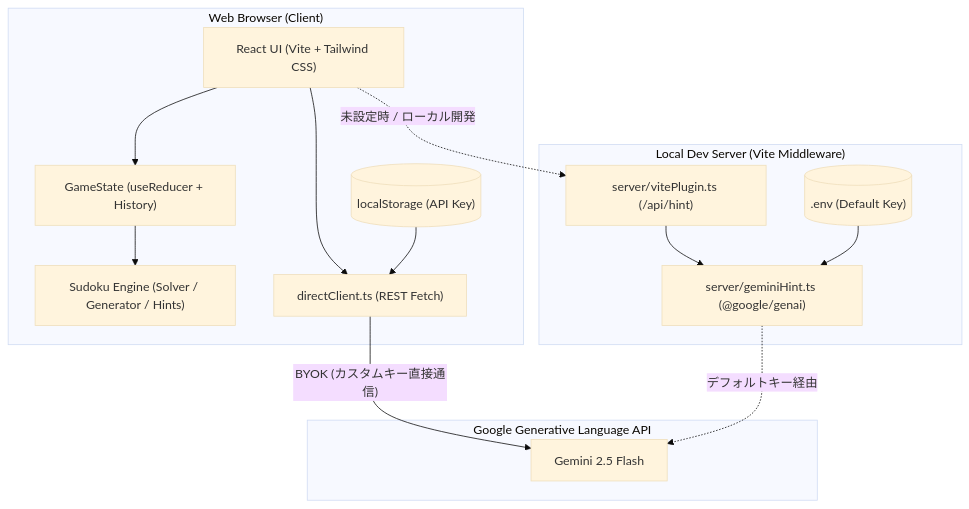
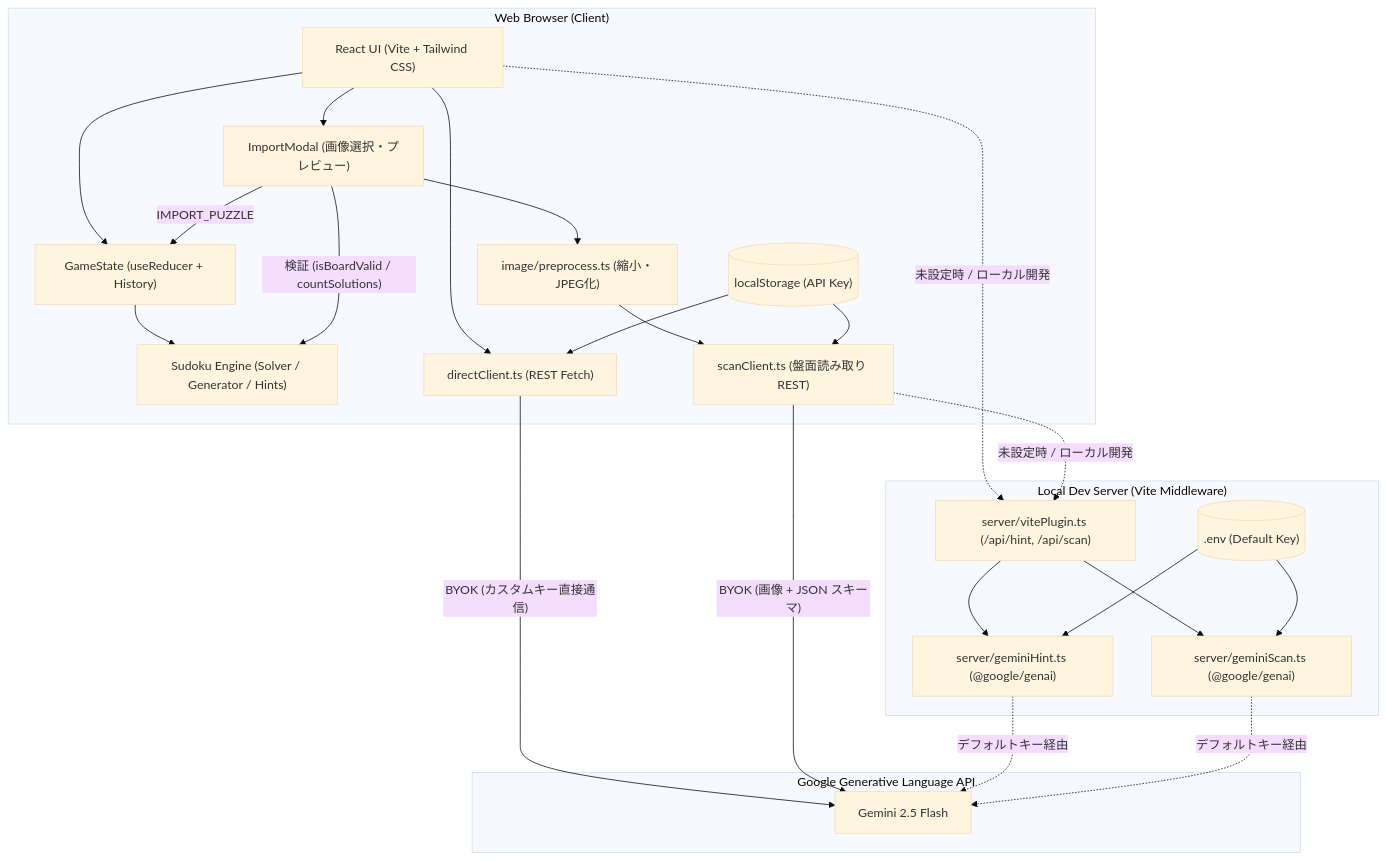
One commit to Bamboosato/sudoku-ai-app changed the first of 7 diagrams in docs/design.md. Above: the diagram before and after it, drawn with Mermaid (base theme). The commit also changed other lines of this file and 1 other file, not shown here.

Commit message:
docs: add image import feature to requirements and design

````diff
--- a/docs/design.md
+++ b/docs/design.md
@@ -8,31 +8,47 @@
 ```mermaid
 flowchart TD
     subgraph Browser ["Web Browser (Client)"]
         UI["React UI (Vite + Tailwind CSS)"]
         State["GameState (useReducer + History)"]
         Logic["Sudoku Engine (Solver / Generator / Hints)"]
         DirectClient["directClient.ts (REST Fetch)"]
+        ImportUI["ImportModal (画像選択・プレビュー)"]
+        Preprocess["image/preprocess.ts (縮小・JPEG化)"]
+        ScanClient["scanClient.ts (盤面読み取り REST)"]
         LocalStorage[("localStorage (API Key)")]
     end
 
     subgraph ServerEnv ["Local Dev Server (Vite Middleware)"]
-        VitePlugin["server/vitePlugin.ts (/api/hint)"]
+        VitePlugin["server/vitePlugin.ts (/api/hint, /api/scan)"]
         ServerHint["server/geminiHint.ts (@google/genai)"]
+        ServerScan["server/geminiScan.ts (@google/genai)"]
         EnvFile[(".env (Default Key)")]
     end
 
     subgraph Cloud ["Google Generative Language API"]
         GeminiFlash["Gemini 2.5 Flash"]
     end
 
     UI --> State
     State --> Logic
     UI --> DirectClient
     LocalStorage --> DirectClient
     DirectClient -- "BYOK (カスタムキー直接通信)" --> GeminiFlash
-    
+
+    UI --> ImportUI
+    ImportUI --> Preprocess
+    Preprocess --> ScanClient
+    LocalStorage --> ScanClient
+    ScanClient -- "BYOK (画像 + JSON スキーマ)" --> GeminiFlash
+    ImportUI -- "検証 (isBoardValid / countSolutions)" --> Logic
+    ImportUI -- "IMPORT_PUZZLE" --> State
+
     UI -. "未設定時 / ローカル開発" .-> VitePlugin
+    ScanClient -. "未設定時 / ローカル開発" .-> VitePlugin
     VitePlugin --> ServerHint
+    VitePlugin --> ServerScan
     EnvFile --> ServerHint
+    EnvFile --> ServerScan
     ServerHint -. "デフォルトキー経由" .-> GeminiFlash
+    ServerScan -. "デフォルトキー経由" .-> GeminiFlash
 ```
````
